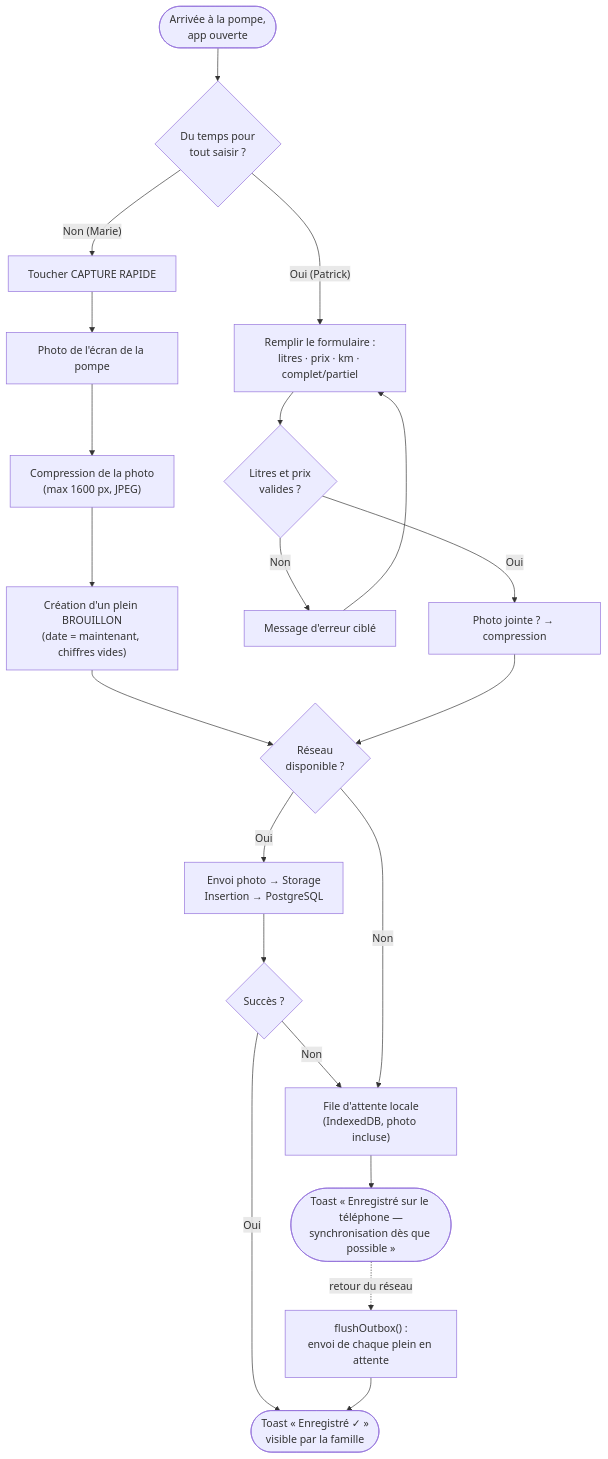
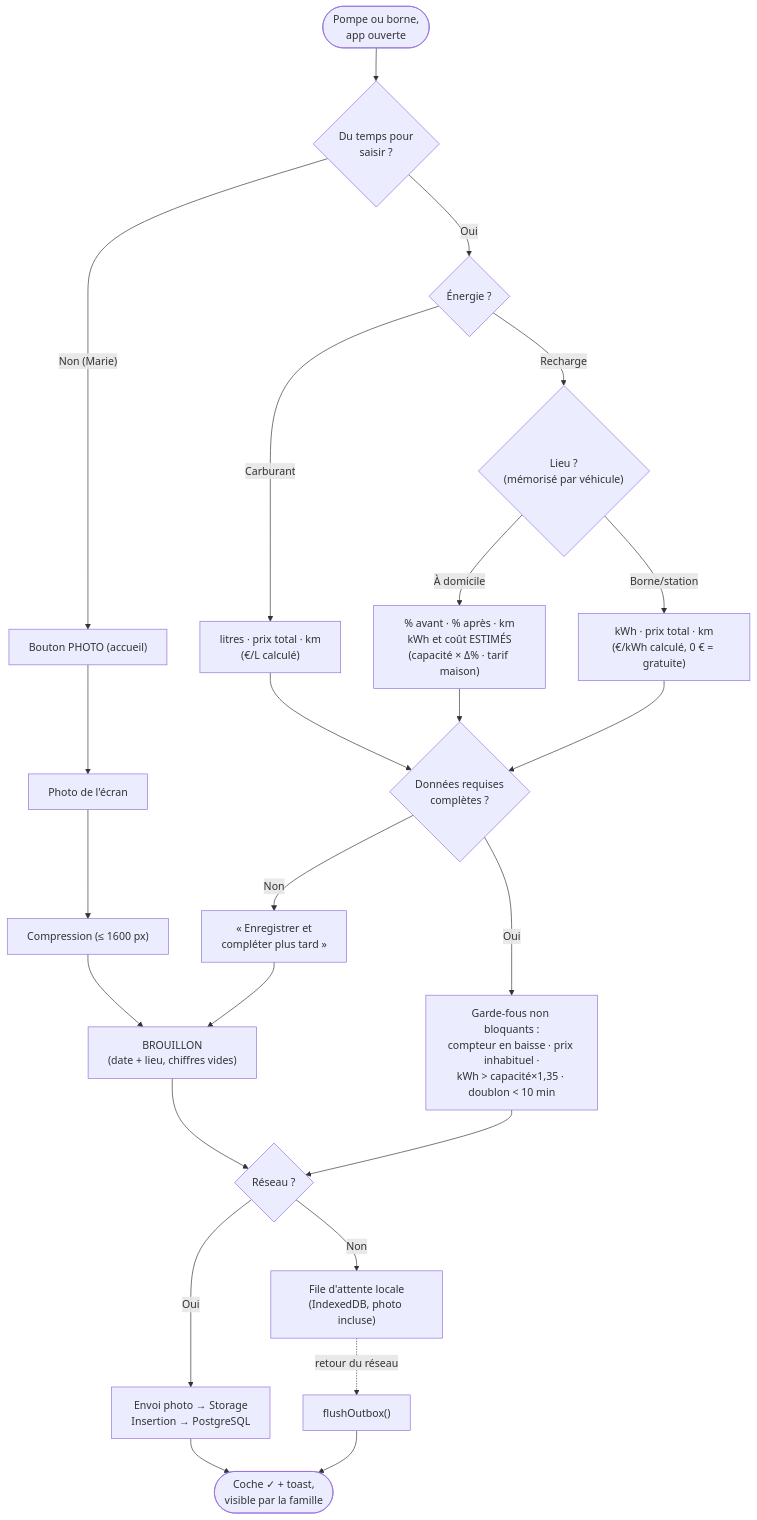
The second of 6 diagrams in docs/SPECIFICATIONS.md (pkalumel/carnet-carburant), drawn with Mermaid before and after one commit. The commit also changed other lines of this file and 1 other file, not shown here.

First line of the commit message:
Spécifications alignées sur le modèle actuel

````diff
--- a/docs/SPECIFICATIONS.md
+++ b/docs/SPECIFICATIONS.md
@@ -146,25 +206,23 @@
 ```mermaid
 flowchart TD
-    A(["Arrivée à la pompe,<br/>app ouverte"]) --> B{"Du temps pour<br/>tout saisir ?"}
+    A(["Pompe ou borne,<br/>app ouverte"]) --> B{"Du temps pour<br/>saisir ?"}
 
-    B -- "Non (Marie)" --> C["Toucher CAPTURE RAPIDE"]
-    C --> D["Photo de l'écran de la pompe"]
-    D --> E["Compression de la photo<br/>(max 1600 px, JPEG)"]
-    E --> F["Création d'un plein BROUILLON<br/>(date = maintenant, chiffres vides)"]
+    B -- "Non (Marie)" --> C["Bouton PHOTO (accueil)"]
+    C --> D["Photo de l'écran"] --> E["Compression (≤ 1600 px)"]
+    E --> F["BROUILLON<br/>(date + lieu, chiffres vides)"]
 
-    B -- "Oui (Patrick)" --> G["Remplir le formulaire :<br/>litres · prix · km · complet/partiel"]
-    G --> H{"Litres et prix<br/>valides ?"}
-    H -- Non --> G2["Message d'erreur ciblé"] --> G
-    H -- Oui --> I["Photo jointe ? → compression"]
+    B -- "Oui" --> G{"Énergie ?"}
+    G -- "Carburant" --> H["litres · prix total · km<br/>(€/L calculé)"]
+    G -- "Recharge" --> I{"Lieu ?<br/>(mémorisé par véhicule)"}
+    I -- "À domicile" --> J["% avant · % après · km<br/>kWh et coût ESTIMÉS<br/>(capacité × Δ% · tarif maison)"]
+    I -- "Borne/station" --> K["kWh · prix total · km<br/>(€/kWh calculé, 0 € = gratuite)"]
 
-    F --> J{"Réseau<br/>disponible ?"}
-    I --> J
-    J -- Oui --> K["Envoi photo → Storage<br/>Insertion → PostgreSQL"]
-    K --> L{"Succès ?"}
-    L -- Oui --> M(["Toast « Enregistré ✓ »<br/>visible par la famille"])
-    L -- Non --> N
-    J -- Non --> N["File d'attente locale<br/>(IndexedDB, photo incluse)"]
-    N --> O(["Toast « Enregistré sur le téléphone —<br/>synchronisation dès que possible »"])
-    O -.retour du réseau.-> P["flushOutbox() :<br/>envoi de chaque plein en attente"]
-    P --> M
+    H & J & K --> L{"Données requises<br/>complètes ?"}
+    L -- "Non" --> M["« Enregistrer et<br/>compléter plus tard »"] --> F
+    L -- "Oui" --> N["Garde-fous non bloquants :<br/>compteur en baisse · prix inhabituel ·<br/>kWh > capacité×1,35 · doublon < 10 min"]
+    N --> O{"Réseau ?"}
+    F --> O
+    O -- "Oui" --> P["Envoi photo → Storage<br/>Insertion → PostgreSQL"] --> Q(["Coche ✓ + toast,<br/>visible par la famille"])
+    O -- "Non" --> R["File d'attente locale<br/>(IndexedDB, photo incluse)"]
+    R -.retour du réseau.-> S["flushOutbox()"] --> Q
 ```
````
